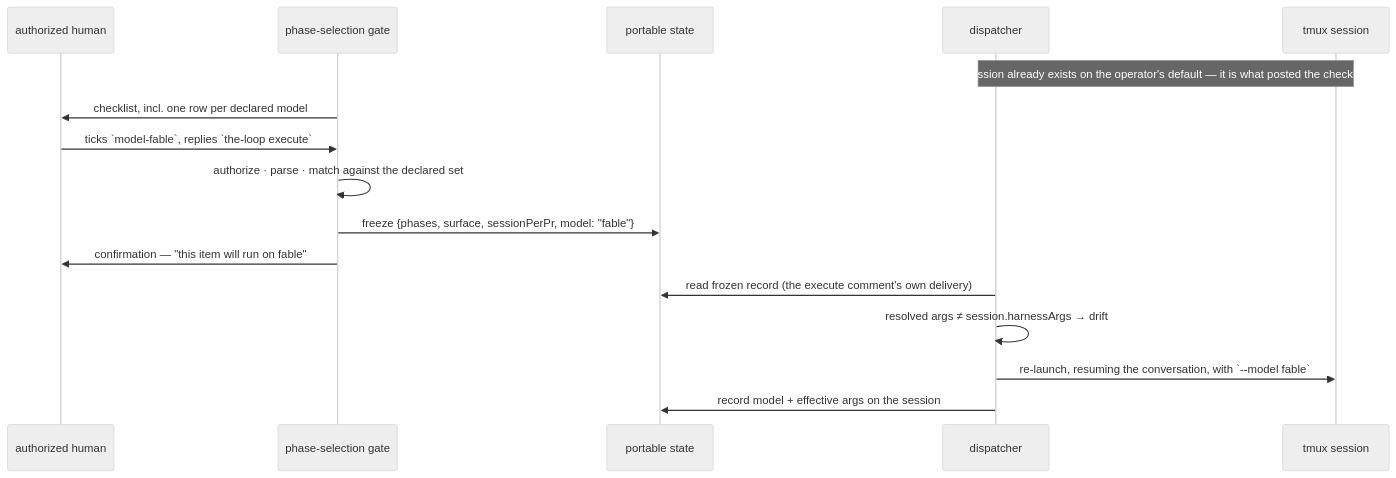
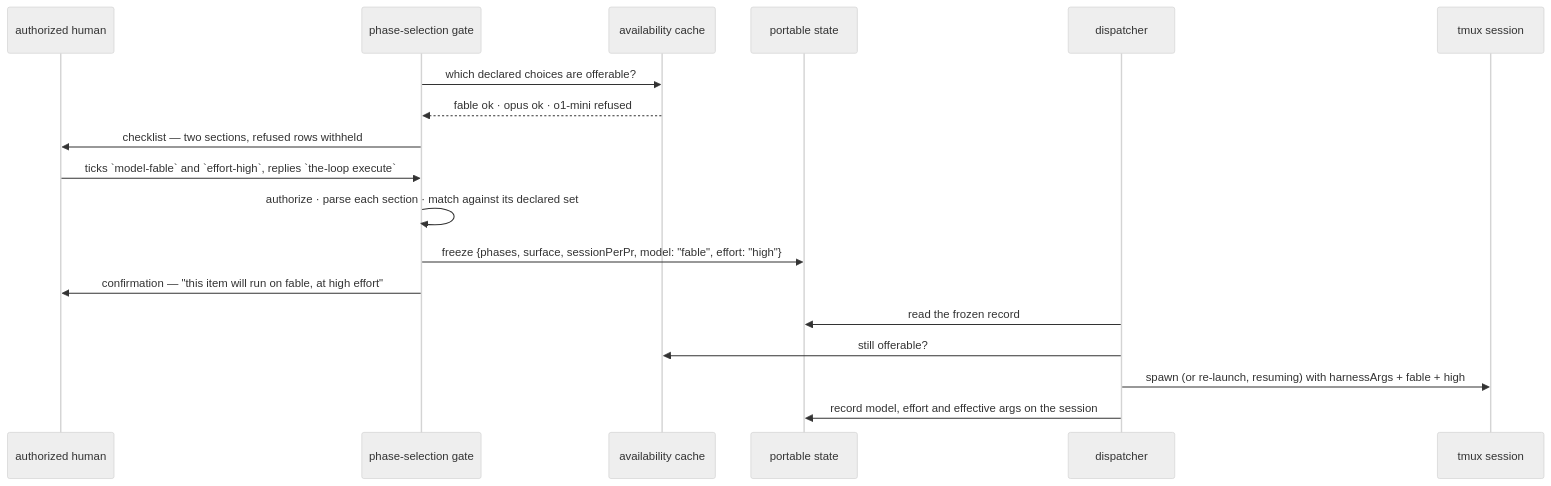
One commit to MadaraUchiha-314/the-loop changed the third of 3 diagrams in docs/specs/issue-358/design.md. Above: the diagram before and after it, drawn with Mermaid (neutral theme). The commit also changed other lines of this file and 2 other files, not shown here.

First line of the commit message:
docs(issue-358): revision 2 — model and effort split, availability, the spawn-order answer

````diff
--- a/docs/specs/issue-358/design.md
+++ b/docs/specs/issue-358/design.md
@@ -96,19 +158,21 @@
 ```mermaid
 sequenceDiagram
   participant H as authorized human
   participant G as phase-selection gate
+  participant P as availability cache
   participant S as portable state
   participant D as dispatcher
   participant T as tmux session
 
-  Note over D,T: session already exists on the operator's default — it is what posted the checklist
-  G->>H: checklist, incl. one row per declared model
-  H->>G: ticks `model-fable`, replies `the-loop execute`
-  G->>G: authorize · parse · match against the declared set
-  G->>S: freeze {phases, surface, sessionPerPr, model: "fable"}
-  G->>H: confirmation — "this item will run on fable"
-  D->>S: read frozen record (the execute comment's own delivery)
-  D->>D: resolved args ≠ session.harnessArgs → drift
-  D->>T: re-launch, resuming the conversation, with `--model fable`
-  D->>S: record model + effective args on the session
+  G->>P: which declared choices are offerable?
+  P-->>G: fable ok · opus ok · o1-mini refused
+  G->>H: checklist — two sections, refused rows withheld
+  H->>G: ticks `model-fable` and `effort-high`, replies `the-loop execute`
+  G->>G: authorize · parse each section · match against its declared set
+  G->>S: freeze {phases, surface, sessionPerPr, model: "fable", effort: "high"}
+  G->>H: confirmation — "this item will run on fable, at high effort"
+  D->>S: read the frozen record
+  D->>P: still offerable?
+  D->>T: spawn (or re-launch, resuming) with harnessArgs + fable + high
+  D->>S: record model, effort and effective args on the session
 ```
````
